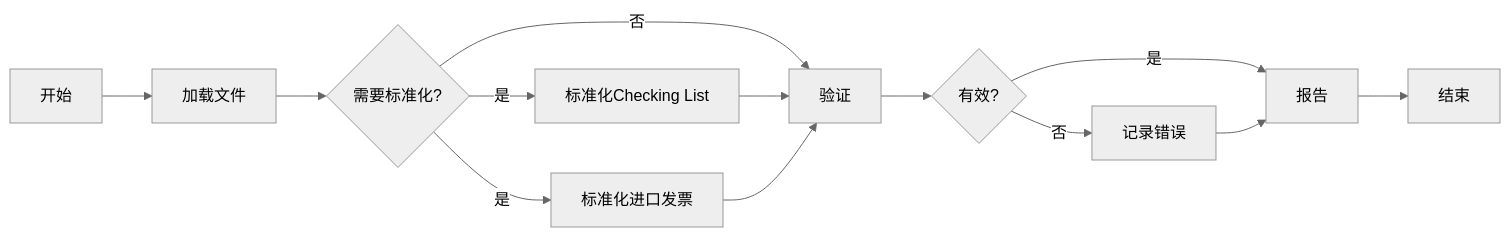
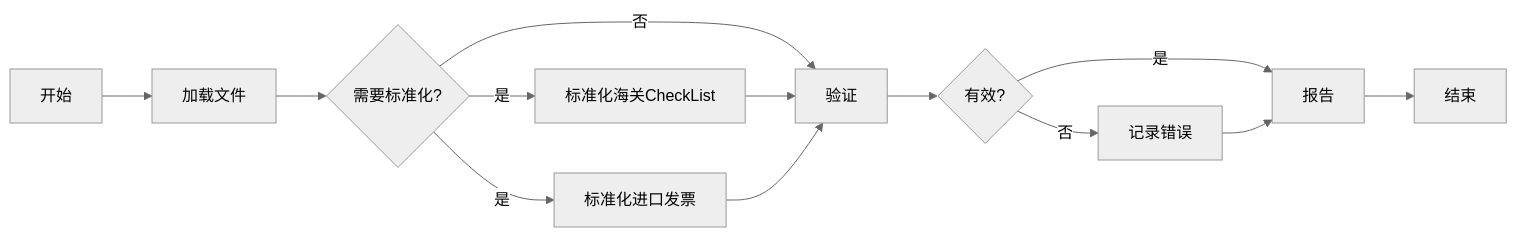
One commit to anlaganlag/checklist_invoice changed the first of 3 diagrams in README_CN.md. Above: the diagram before and after it, drawn with Mermaid (neutral theme). The commit also changed other lines of this file and 12 other files, not shown here.

````diff
--- a/README_CN.md
+++ b/README_CN.md
@@ -56,10 +56,10 @@
 ```mermaid
 flowchart LR
     A[开始] --> B[加载文件] --> C{需要标准化?}
-    C -->|是| D[标准化Checking List] & E[标准化进口发票]
+    C -->|是| D[标准化海关CheckList] & E[标准化进口发票]
     C -->|否| F[验证]
     D & E --> F --> G{有效?}
     G -->|是| H[报告]
     G -->|否| I[记录错误] --> H
     H --> J[结束]
 ```
````
